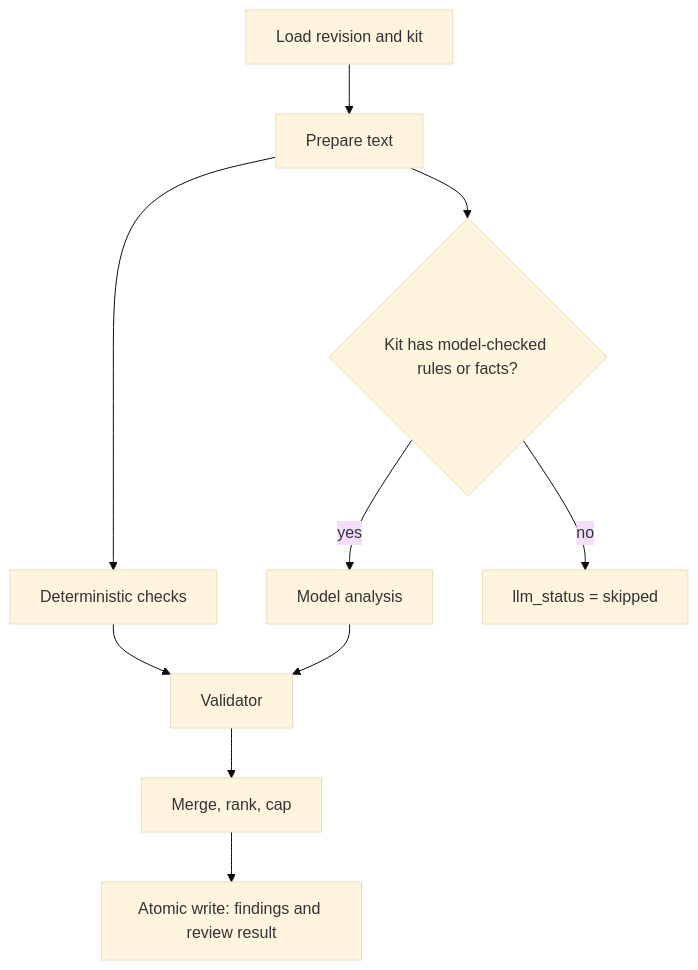
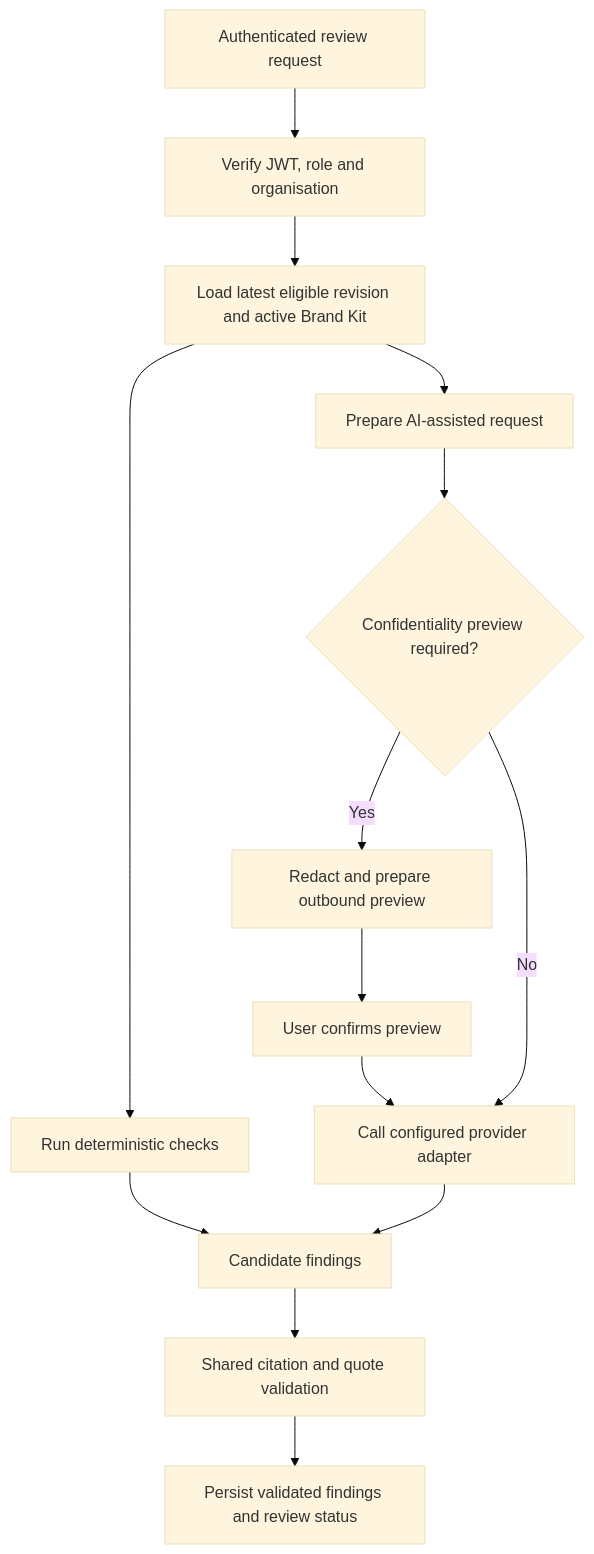
One commit to SiddharthaOG/AnchorDraft changed the diagram in docs/REVIEW_ENGINE.md. Above: the diagram before and after it, drawn with Mermaid (base theme). The commit also changed other lines of this file, not shown here.

Commit message:
docs(review): update engine design to match implementation

````diff
--- a/docs/REVIEW_ENGINE.md
+++ b/docs/REVIEW_ENGINE.md
@@ -129,12 +22,16 @@
 ```mermaid
 flowchart TD
-  A[Load revision and kit] --> B[Prepare text]
-  B --> C[Deterministic checks]
-  B --> D{Kit has model-checked rules or facts?}
-  D -- yes --> E[Model analysis]
-  D -- no --> F[llm_status = skipped]
-  C --> G[Validator]
-  E --> G
-  G --> H[Merge, rank, cap]
-  H --> I[Atomic write: findings and review result]
+    A[Authenticated review request] --> B[Verify JWT, role and organisation]
+    B --> C[Load latest eligible revision and active Brand Kit]
+    C --> D[Run deterministic checks]
+    C --> E[Prepare AI-assisted request]
+    E --> F{Confidentiality preview required?}
+    F -->|Yes| G[Redact and prepare outbound preview]
+    G --> H[User confirms preview]
+    H --> I[Call configured provider adapter]
+    F -->|No| I
+    D --> J[Candidate findings]
+    I --> J
+    J --> K[Shared citation and quote validation]
+    K --> L[Persist validated findings and review status]
 ```
````
